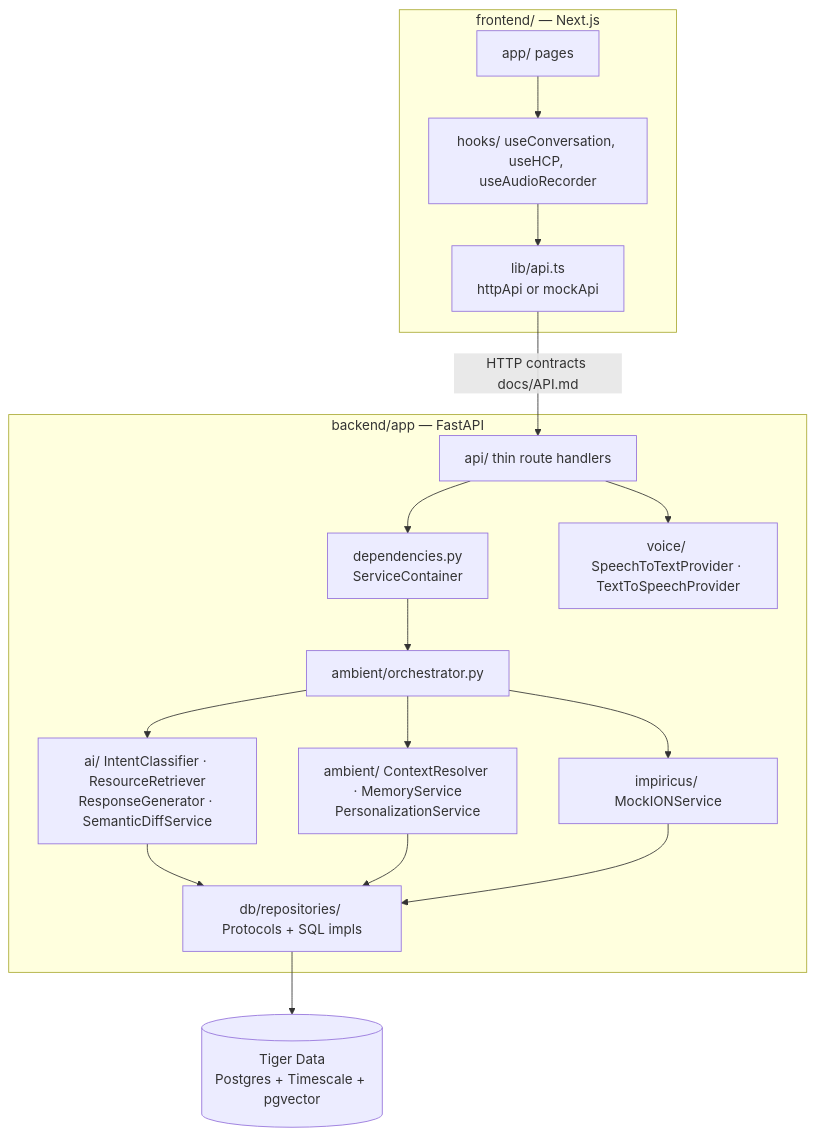
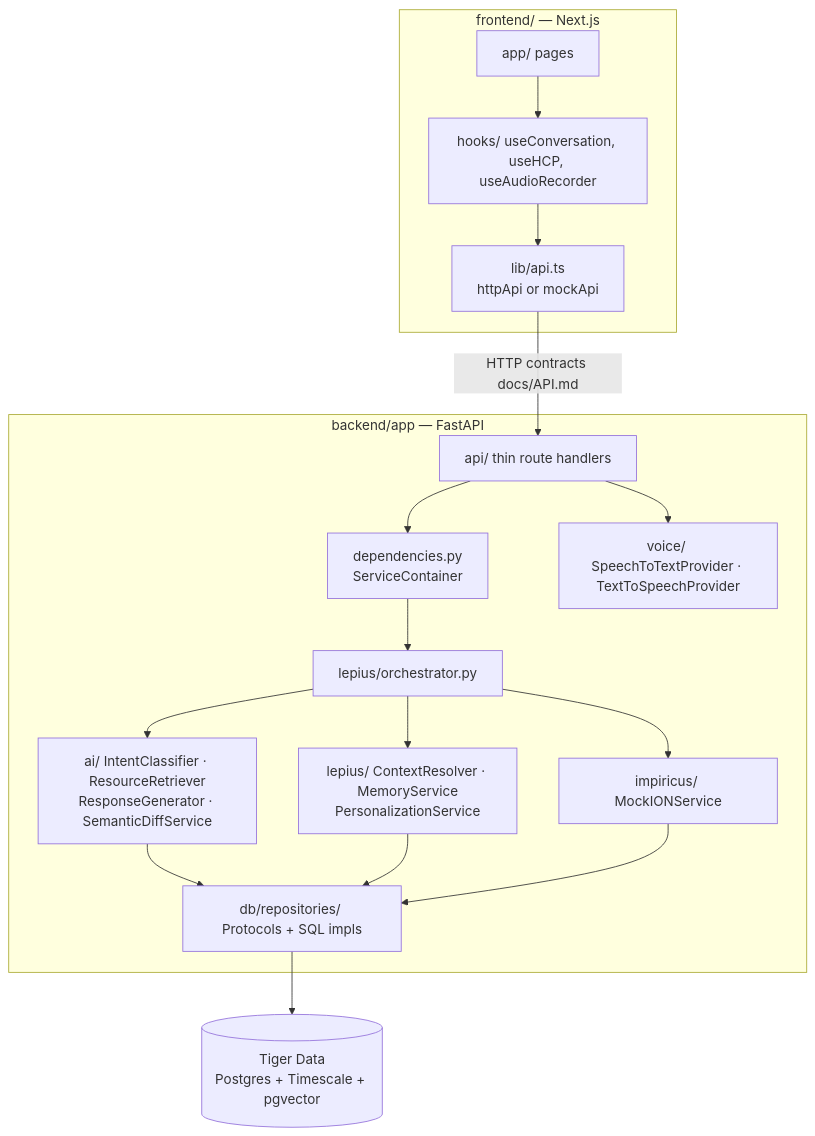
One commit to Pikas3/GTHacks13 changed the second of 2 diagrams in docs/ARCHITECTURE.md. Above: the diagram before and after it, drawn with Mermaid. The commit also changed other lines of this file and 81 other files, not shown here.

````diff
--- a/docs/ARCHITECTURE.md
+++ b/docs/ARCHITECTURE.md
@@ -26,20 +26,20 @@
 ```mermaid
 flowchart TB
     subgraph Frontend [frontend/ — Next.js]
         Pages[app/ pages] --> Hooks[hooks/ useConversation, useHCP, useAudioRecorder]
         Hooks --> ApiClient[lib/api.ts<br/>httpApi or mockApi]
     end
     ApiClient -- HTTP contracts docs/API.md --> Routes
     subgraph Backend [backend/app — FastAPI]
         Routes[api/ thin route handlers] --> DI[dependencies.py<br/>ServiceContainer]
-        DI --> Orch[ambient/orchestrator.py]
+        DI --> Orch[lepius/orchestrator.py]
         Orch --> AI[ai/ IntentClassifier · ResourceRetriever<br/>ResponseGenerator · SemanticDiffService]
-        Orch --> Amb[ambient/ ContextResolver · MemoryService<br/>PersonalizationService]
+        Orch --> Amb[lepius/ ContextResolver · MemoryService<br/>PersonalizationService]
         Orch --> ION[impiricus/ MockIONService]
         Routes --> Voice[voice/ SpeechToTextProvider · TextToSpeechProvider]
         AI --> Repos[db/repositories/ Protocols + SQL impls]
         Amb --> Repos
         ION --> Repos
     end
     Repos --> TD[(Tiger Data<br/>Postgres + Timescale + pgvector)]
 ```
````
